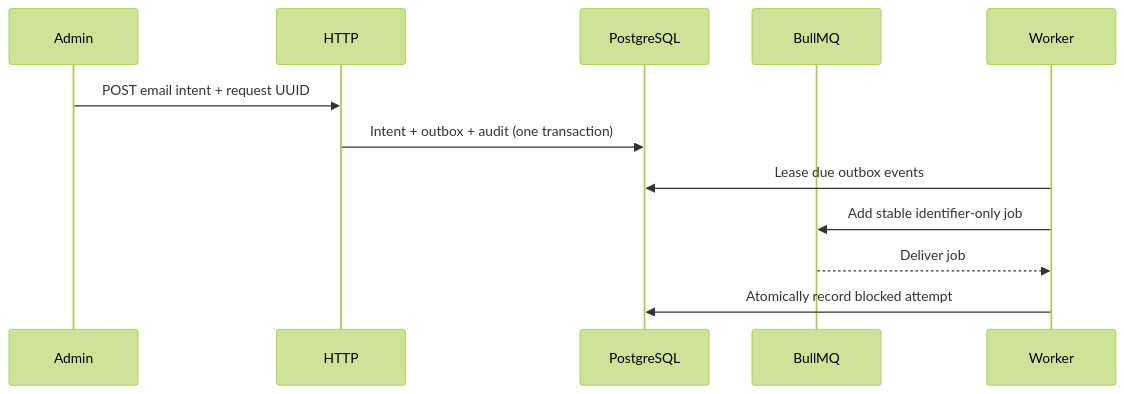
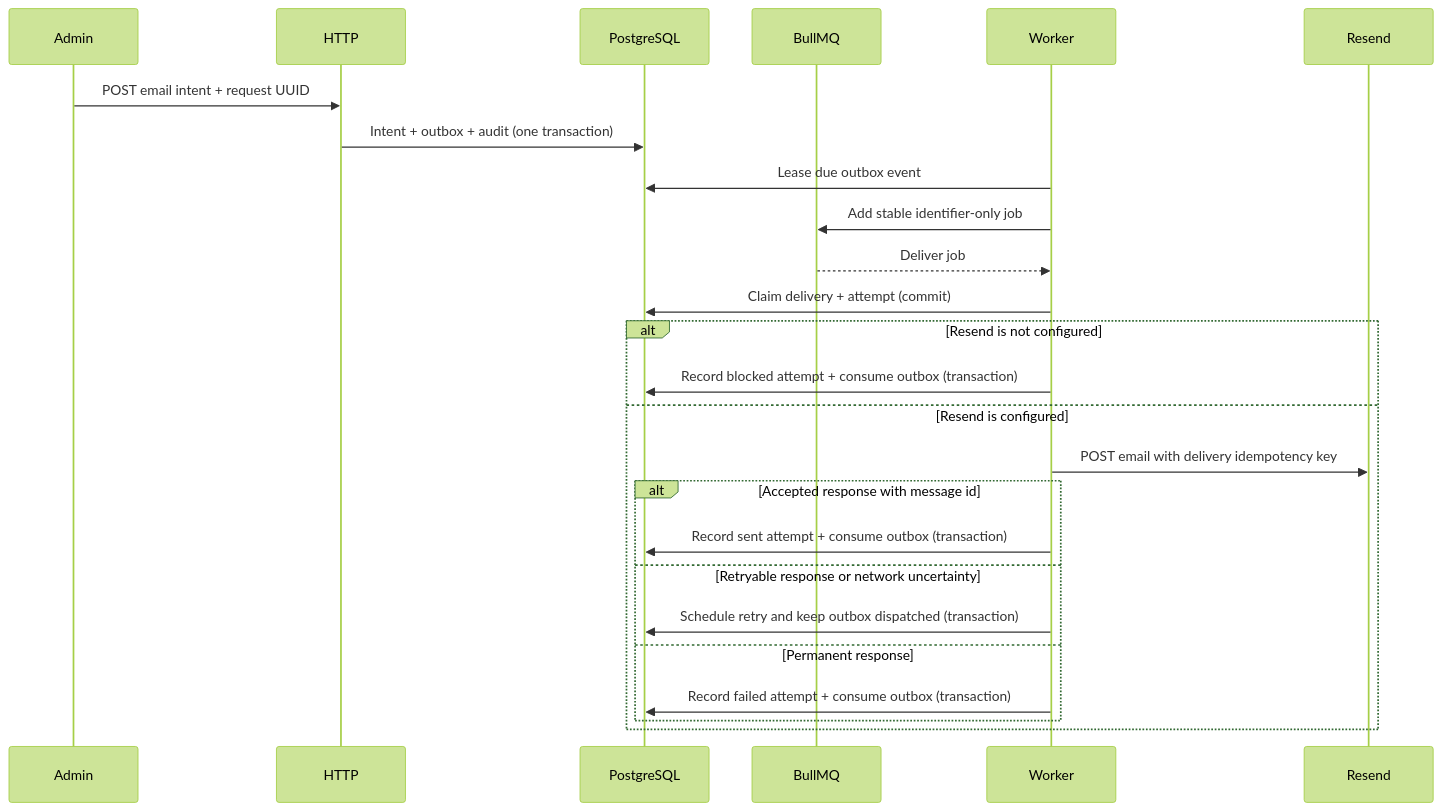
Before and after one commit to johnakisk0700/slopform: the diagram in docs/backend/modules/email-delivery.md, drawn with Mermaid (forest theme). The commit also changed other lines of this file and 26 other files, not shown here.

Commit message:
Add minimal Resend email delivery

````diff
--- a/docs/backend/modules/email-delivery.md
+++ b/docs/backend/modules/email-delivery.md
@@ -15,15 +19,28 @@
 ```mermaid
 sequenceDiagram
   participant Admin
   participant HTTP
   participant DB as PostgreSQL
   participant Redis as BullMQ
   participant Worker
+  participant Resend
 
   Admin->>HTTP: POST email intent + request UUID
   HTTP->>DB: Intent + outbox + audit (one transaction)
-  Worker->>DB: Lease due outbox events
+  Worker->>DB: Lease due outbox event
   Worker->>Redis: Add stable identifier-only job
   Redis-->>Worker: Deliver job
-  Worker->>DB: Atomically record blocked attempt
+  Worker->>DB: Claim delivery + attempt (commit)
+  alt Resend is not configured
+    Worker->>DB: Record blocked attempt + consume outbox (transaction)
+  else Resend is configured
+    Worker->>Resend: POST email with delivery idempotency key
+    alt Accepted response with message id
+      Worker->>DB: Record sent attempt + consume outbox (transaction)
+    else Retryable response or network uncertainty
+      Worker->>DB: Schedule retry and keep outbox dispatched (transaction)
+    else Permanent response
+      Worker->>DB: Record failed attempt + consume outbox (transaction)
+    end
+  end
 ```
````
